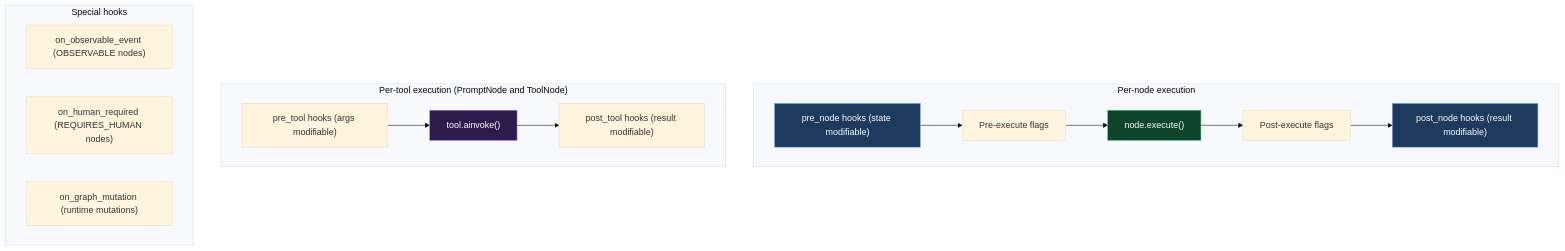
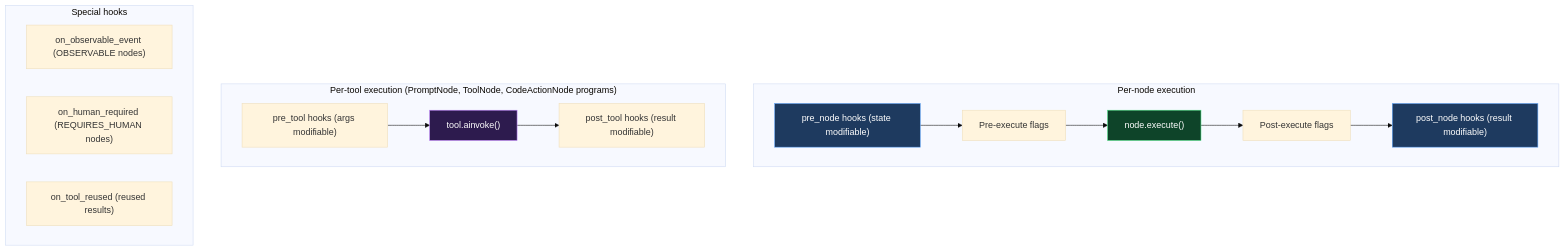
Before and after one commit to CloudEngineHub/DeepMCPAgent: the ninth of 10 diagrams in docs/core/engine-internals.md, drawn with Mermaid (base theme). The commit also changed other lines of this file and 11 other files, not shown here.

First line of the commit message:
docs(engine): reasoning graph reference matches the engine

````diff
--- a/docs/core/engine-internals.md
+++ b/docs/core/engine-internals.md
@@ -358,25 +344,25 @@
 ```mermaid
 graph TD
     subgraph "Per-node execution"
         H1["pre_node hooks (state modifiable)"] --> FLAGS_PRE["Pre-execute flags"]
         FLAGS_PRE --> EXEC["node.execute()"]
         EXEC --> FLAGS_POST["Post-execute flags"]
         FLAGS_POST --> H2["post_node hooks (result modifiable)"]
     end
 
-    subgraph "Per-tool execution (PromptNode and ToolNode)"
+    subgraph "Per-tool execution (PromptNode, ToolNode, CodeActionNode programs)"
         H3["pre_tool hooks (args modifiable)"] --> TOOL["tool.ainvoke()"]
         TOOL --> H4["post_tool hooks (result modifiable)"]
     end
 
     subgraph "Special hooks"
         H5["on_observable_event (OBSERVABLE nodes)"]
         H6["on_human_required (REQUIRES_HUMAN nodes)"]
-        H7["on_graph_mutation (runtime mutations)"]
+        H7["on_tool_reused (reused results)"]
     end
 
     style H1 fill:#1e3a5f,stroke:#60a5fa,color:#fff
     style H2 fill:#1e3a5f,stroke:#60a5fa,color:#fff
     style EXEC fill:#0e4429,stroke:#4ade80,color:#fff
     style TOOL fill:#2d1b4e,stroke:#c084fc,color:#fff
 ```
````
